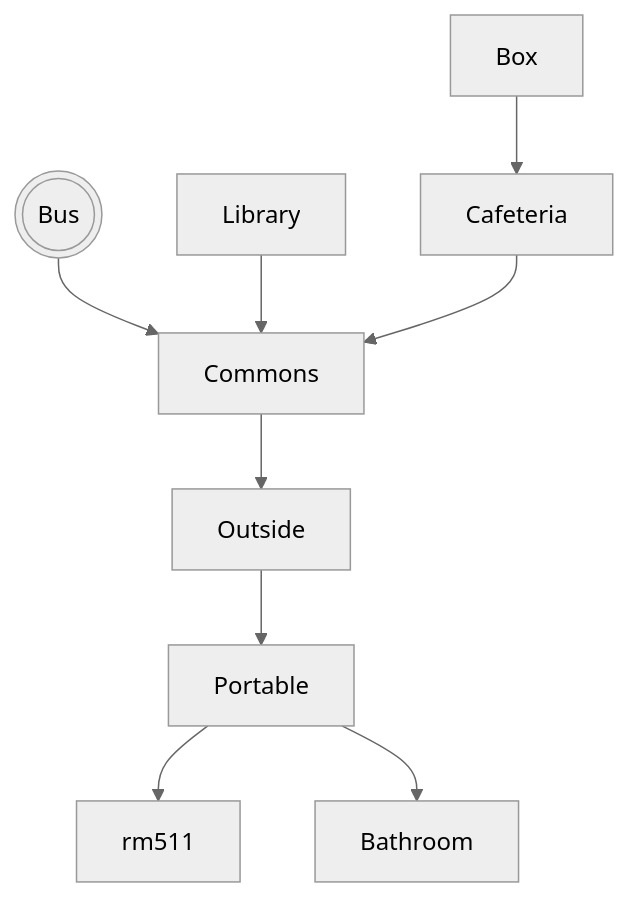
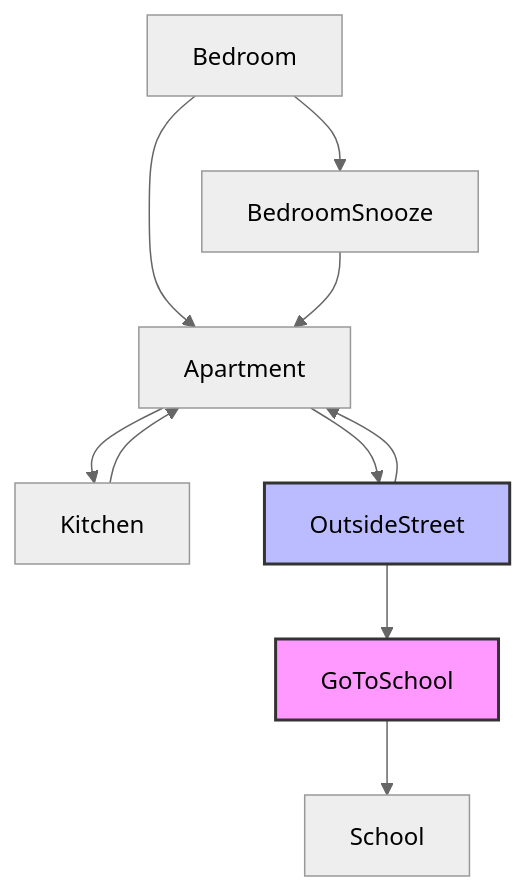
The diagram in projects/game/README.md (jvzga/jvzga.github.io), drawn with Mermaid (neutral theme) before and after one commit. The commit also changed other lines of this file, not shown here.

````diff
--- a/projects/game/README.md
+++ b/projects/game/README.md
@@ -9,11 +9,18 @@
 ```mermaid
 graph TD;
-    bus(((Bus)))-->Commons;
-    Library-->Commons;
-    Box-->Cafeteria;
-    Cafeteria-->Commons;
-    Commons-->Outside;
-    Outside-->Portable;
-    Portable-->rm511;
-    Portable-->Bathroom;
+    Bedroom --> BedroomSnooze;
+    Bedroom --> Apartment;
+    BedroomSnooze --> Apartment;
+    Apartment --> Kitchen;
+    Apartment --> OutsideStreet;
+    Kitchen --> Apartment;
+    OutsideStreet --> GoToSchool;
+    OutsideStreet --> Apartment;
+    GoToSchool --> School;
+    
+    classDef timeCheck fill:#f9f,stroke:#333,stroke-width:2px;
+    classDef requirement fill:#bbf,stroke:#333,stroke-width:2px;
+    
+    OutsideStreet:::requirement;
+    GoToSchool:::timeCheck;
 ```
````
